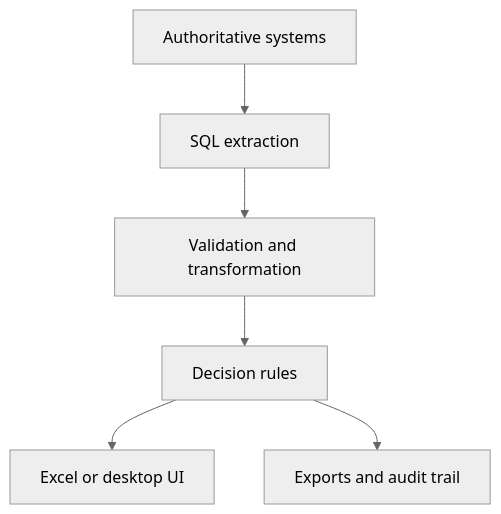
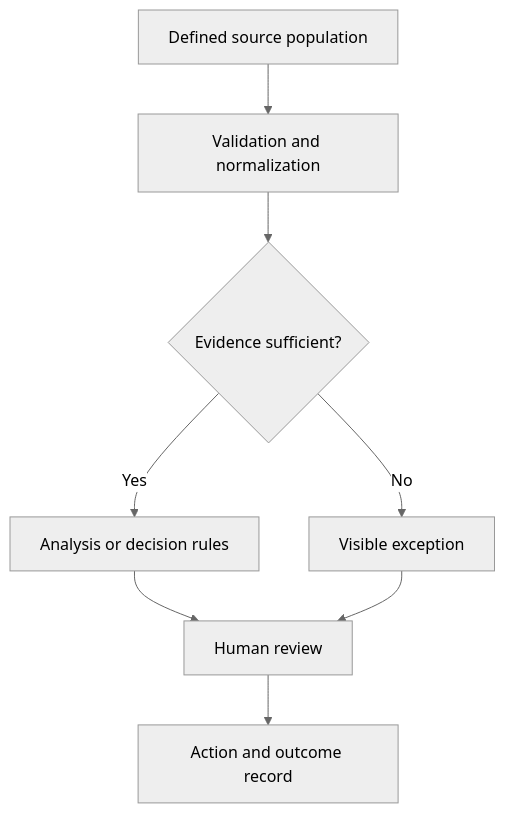
The diagram in docs/architecture-patterns.md (meverhart913/manufacturing-analytics-portfolio), drawn with Mermaid (neutral theme) before and after one commit. The commit also changed other lines of this file and 27 other files, not shown here.

````diff
--- a/docs/architecture-patterns.md
+++ b/docs/architecture-patterns.md
@@ -5,8 +15,10 @@
 ```mermaid
 flowchart TD
-    A[Authoritative systems] --> B[SQL extraction]
-    B --> C[Validation and transformation]
-    C --> D[Decision rules]
-    D --> E[Excel or desktop UI]
-    D --> F[Exports and audit trail]
+    A[Defined source population] --> B[Validation and normalization]
+    B --> C{Evidence sufficient?}
+    C -->|No| D[Visible exception]
+    C -->|Yes| E[Analysis or decision rules]
+    E --> F[Human review]
+    D --> F
+    F --> G[Action and outcome record]
 ```
````
